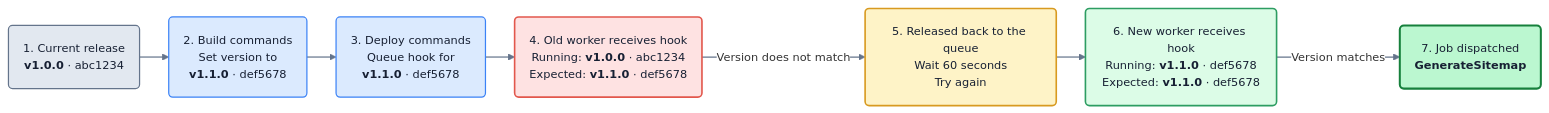
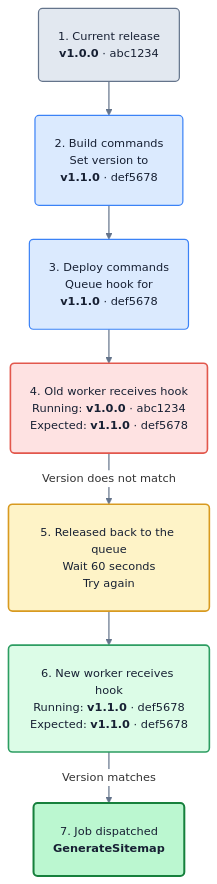
The second of 2 diagrams in README.md (mathiasgrimm/laravel-post-deploy-hooks), drawn with Mermaid before and after one commit.

Commit message:
Use larger vertical deployment flow

````diff
--- a/README.md
+++ b/README.md
@@ -124,24 +124,24 @@
 ```mermaid
-%%{init: {"flowchart": {"curve": "basis", "diagramPadding": 24, "padding": 18, "nodeSpacing": 28, "rankSpacing": 36}, "themeVariables": {"fontFamily": "system-ui, sans-serif", "fontSize": "14px", "lineColor": "#64748b", "edgeLabelBackground": "#ffffff"}}}%%
-flowchart LR
+%%{init: {"flowchart": {"curve": "basis", "padding": 24, "nodeSpacing": 32, "rankSpacing": 42}, "themeVariables": {"fontFamily": "system-ui, sans-serif", "fontSize": "14px", "lineColor": "#64748b", "edgeLabelBackground": "#ffffff"}}}%%
+flowchart TB
     A("1. Current release<br><b>v1.0.0</b> · abc1234"):::current
     B("2. Build commands<br>Set version to<br><b>v1.1.0</b> · def5678"):::action
     C("3. Deploy commands<br>Queue hook for<br><b>v1.1.0</b> · def5678"):::action
     D("4. Old worker receives hook<br>Running: <b>v1.0.0</b> · abc1234<br>Expected: <b>v1.1.0</b> · def5678"):::mismatch
     E("5. Released back to the queue<br>Wait 60 seconds<br>Try again"):::waiting
     F("6. New worker receives hook<br>Running: <b>v1.1.0</b> · def5678<br>Expected: <b>v1.1.0</b> · def5678"):::match
     G("7. Job dispatched<br><b>GenerateSitemap</b>"):::success
 
     A --> B --> C --> D
     D -->|Version does not match| E
     E --> F
     F -->|Version matches| G
 
     classDef current fill:#e2e8f0,stroke:#64748b,color:#172033,stroke-width:1.5px
     classDef action fill:#dbeafe,stroke:#3b82f6,color:#172033,stroke-width:1.5px
     classDef mismatch fill:#fee2e2,stroke:#e2574c,color:#172033,stroke-width:2px
     classDef waiting fill:#fef3c7,stroke:#d89a20,color:#172033,stroke-width:2px
     classDef match fill:#dcfce7,stroke:#2d9d62,color:#172033,stroke-width:2px
     classDef success fill:#bbf7d0,stroke:#16803c,color:#172033,stroke-width:2.5px
     linkStyle default stroke:#64748b,stroke-width:1.5px
 ```
````
